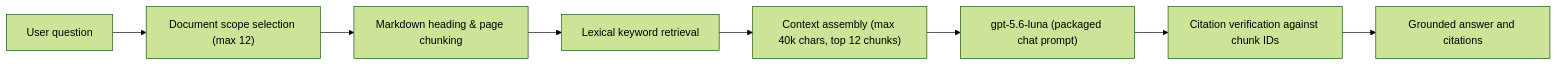
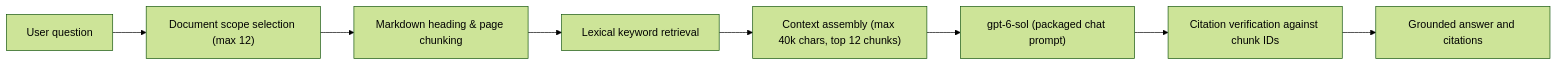
The second of 2 diagrams in docs/ARCHITECTURE.md (pypi-ahmad/OpenAI-X-RapidOCR-Agentic-Document_extraction), drawn with Mermaid (forest theme) before and after one commit. The commit also changed other lines of this file and 19 other files, not shown here.

````diff
--- a/docs/ARCHITECTURE.md
+++ b/docs/ARCHITECTURE.md
@@ -153,10 +167,10 @@
 ```mermaid
 flowchart LR
     UserQuery["User question"] --> ScopeFilter["Document scope selection (max 12)"]
     ScopeFilter --> Chunking["Markdown heading & page chunking"]
     Chunking --> LexicalRanker["Lexical keyword retrieval"]
     LexicalRanker --> ContextWindow["Context assembly (max 40k chars, top 12 chunks)"]
-    ContextWindow --> LunaChat["gpt-5.6-luna (packaged chat prompt)"]
-    LunaChat --> CitationValidator["Citation verification against chunk IDs"]
+    ContextWindow --> SolChat["gpt-6-sol (packaged chat prompt)"]
+    SolChat --> CitationValidator["Citation verification against chunk IDs"]
     CitationValidator --> AnswerDisplay["Grounded answer and citations"]
 ```
````
